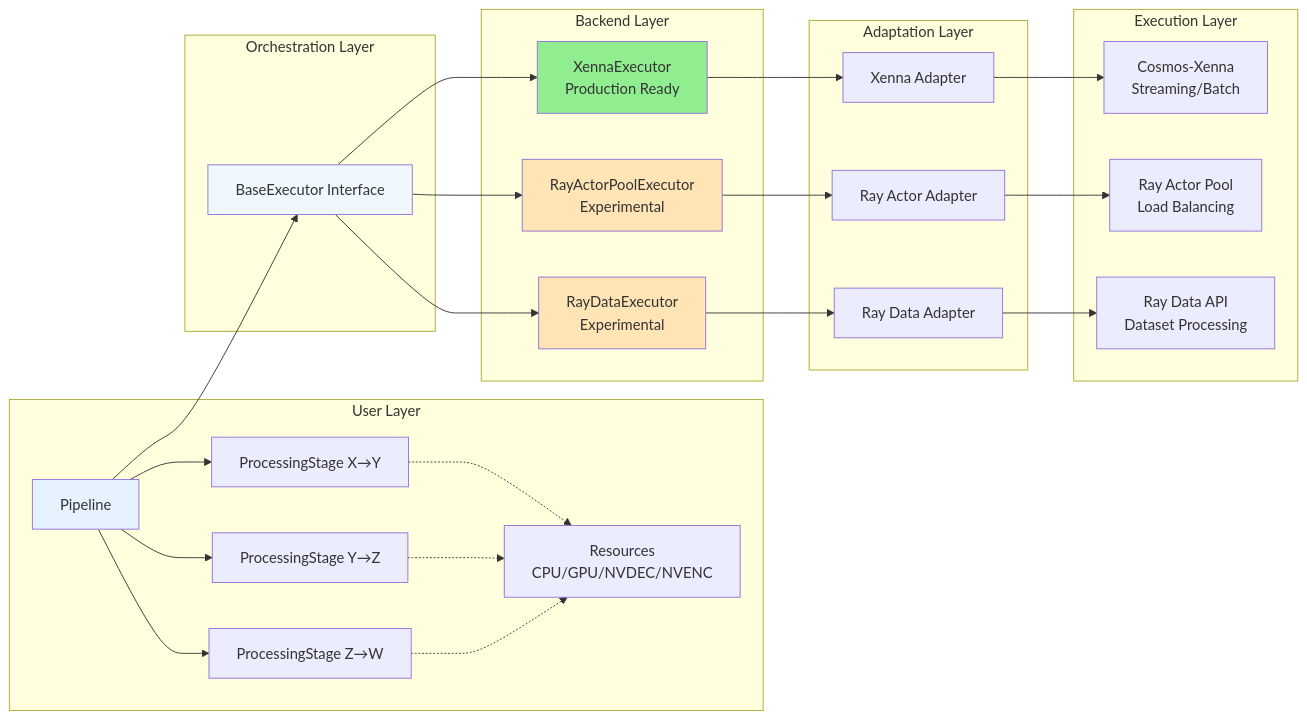
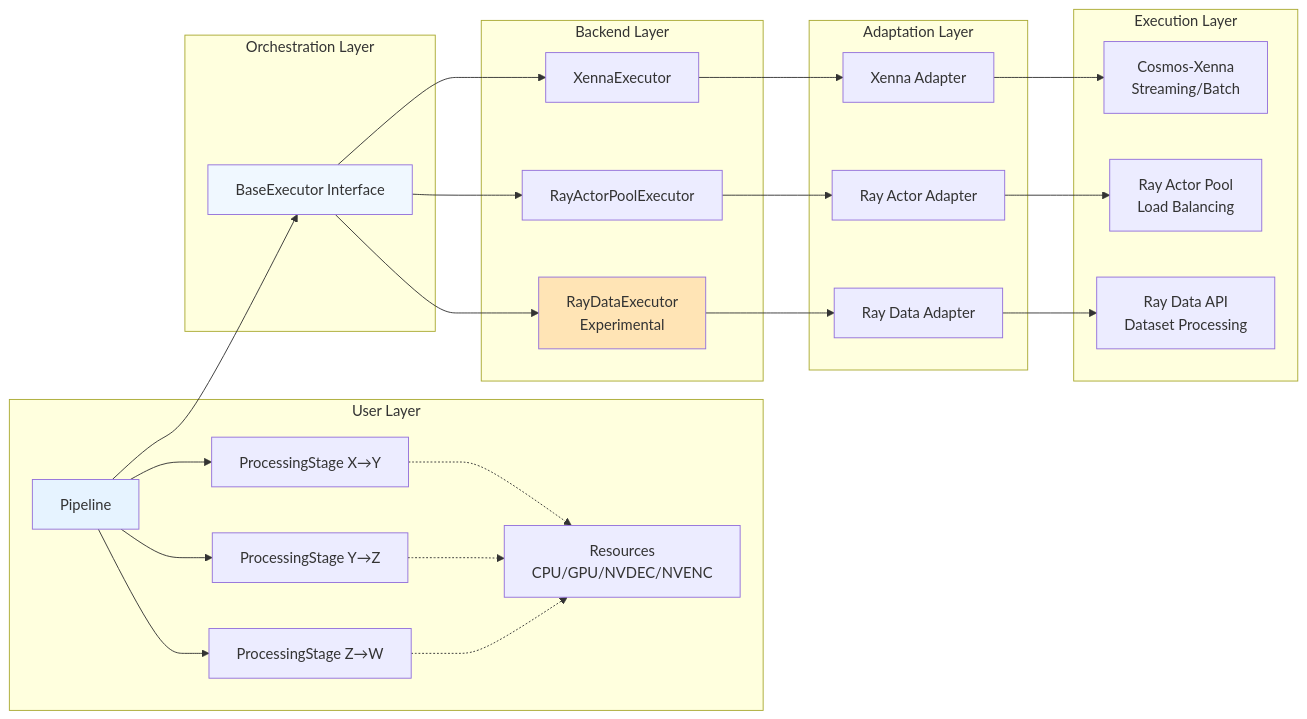
One commit to NVIDIA-NeMo/Curator changed the diagram in docs/about/release-notes/index.md. Above: the diagram before and after it, drawn with Mermaid. The commit also changed 1 other file, not shown here.

````diff
--- a/docs/about/release-notes/index.md
+++ b/docs/about/release-notes/index.md
@@ -111,58 +111,56 @@
 ```{mermaid}
 graph LR
     subgraph "User Layer"
         P[Pipeline]
         S1[ProcessingStage X→Y]
         S2[ProcessingStage Y→Z]
         S3[ProcessingStage Z→W]
         R[Resources<br/>CPU/GPU/NVDEC/NVENC]
     end
     
     subgraph "Orchestration Layer"
         BE[BaseExecutor Interface]
     end
     
     subgraph "Backend Layer"
-        XE[XennaExecutor<br/>Production Ready]
-        RAP[RayActorPoolExecutor<br/>Experimental]
+        XE[XennaExecutor]
+        RAP[RayActorPoolExecutor]
         RDE[RayDataExecutor<br/>Experimental]
     end
     
     subgraph "Adaptation Layer"
         XA[Xenna Adapter]
         RAPA[Ray Actor Adapter]
         RDA[Ray Data Adapter]
     end
     
     subgraph "Execution Layer"
         X[Cosmos-Xenna<br/>Streaming/Batch]
         RAY1[Ray Actor Pool<br/>Load Balancing]
         RAY2[Ray Data API<br/>Dataset Processing]
     end
     
     P --> S1
     P --> S2
     P --> S3
     S1 -.-> R
     S2 -.-> R
     S3 -.-> R
     
     P --> BE
     BE --> XE
     BE --> RAP
     BE --> RDE
     
     XE --> XA
     RAP --> RAPA
     RDE --> RDA
     
     XA --> X
     RAPA --> RAY1
     RDA --> RAY2
     
-    style XE fill:#90EE90
-    style RAP fill:#FFE4B5
     style RDE fill:#FFE4B5
     style P fill:#E6F3FF
     style BE fill:#F0F8FF
 ```
````
